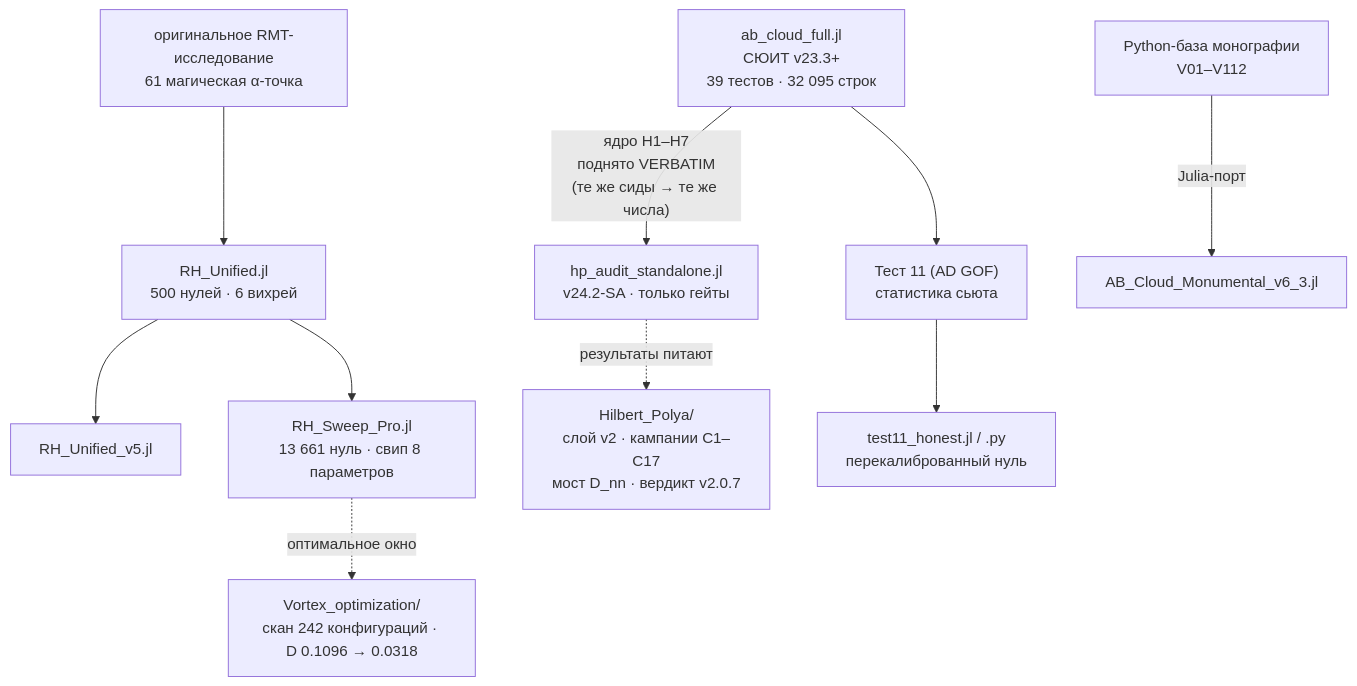
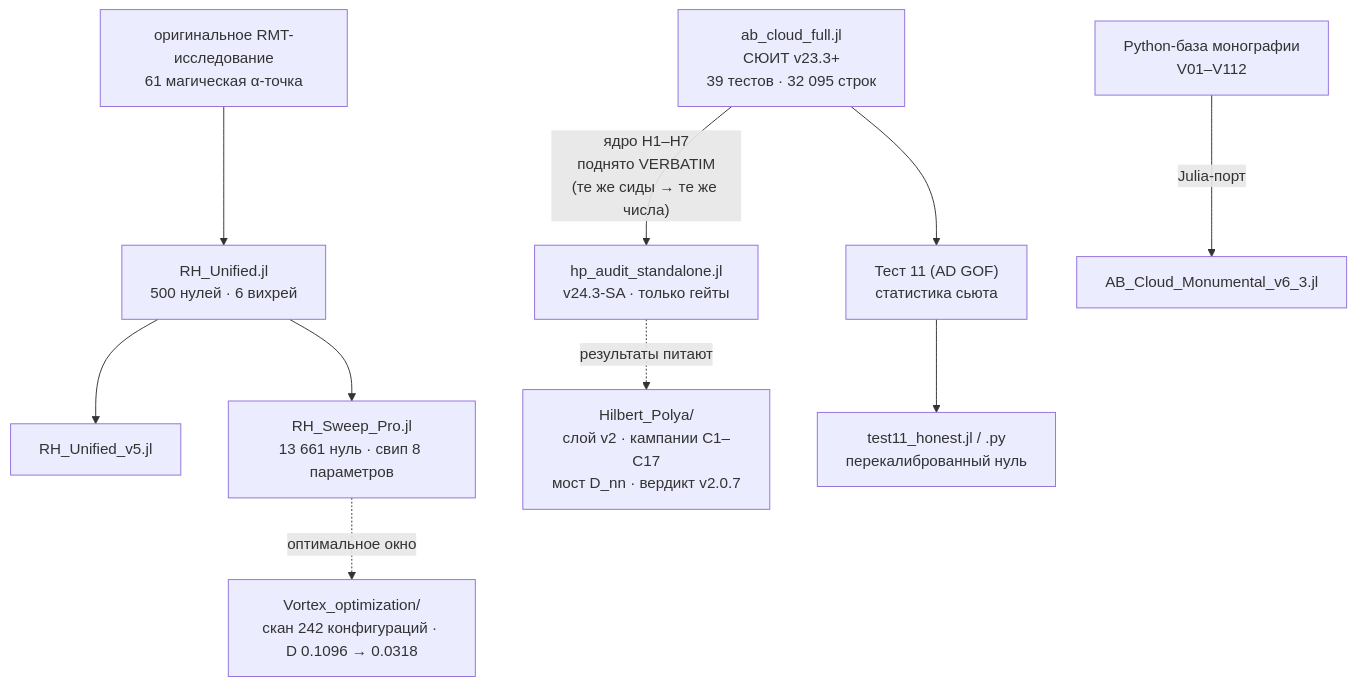
One commit to wild8highlander/ab-cloud-research changed the second of 2 diagrams in meridian-spectral-observatory/README.ru.md. Above: the diagram before and after it, drawn with Mermaid. The commit also changed other lines of this file and 157 other files, not shown here.

````diff
--- a/meridian-spectral-observatory/README.ru.md
+++ b/meridian-spectral-observatory/README.ru.md
@@ -194,12 +194,12 @@
 ```mermaid
 flowchart TD
     ORIG["оригинальное RMT-исследование<br/>61 магическая α-точка"] --> RHU["RH_Unified.jl<br/>500 нулей · 6 вихрей"]
     RHU --> RHU5["RH_Unified_v5.jl"]
     RHU --> RHSP["RH_Sweep_Pro.jl<br/>13 661 нуль · свип 8 параметров"]
-    SUITE["ab_cloud_full.jl<br/>СЮИТ v23.3+<br/>39 тестов · 32 095 строк"] -- "ядро H1–H7<br/>поднято VERBATIM<br/>(те же сиды → те же числа)" --> HPA["hp_audit_standalone.jl<br/>v24.2-SA · только гейты"]
+    SUITE["ab_cloud_full.jl<br/>СЮИТ v23.3+<br/>39 тестов · 32 095 строк"] -- "ядро H1–H7<br/>поднято VERBATIM<br/>(те же сиды → те же числа)" --> HPA["hp_audit_standalone.jl<br/>v24.3-SA · только гейты"]
     PYMON["Python-база монографии<br/>V01–V112"] -- "Julia-порт" --> MON["AB_Cloud_Monumental_v6_3.jl"]
     T11["Тест 11 (AD GOF)<br/>статистика сьюта"] --> T11H["test11_honest.jl / .py<br/>перекалиброванный нуль"]
     SUITE --> T11
     HPA -. "результаты питают" .-> HP["Hilbert_Polya/<br/>слой v2 · кампании C1–C17<br/>мост D_nn · вердикт v2.0.7"]
     RHSP -. "оптимальное окно" .-> VOR["Vortex_optimization/<br/>скан 242 конфигураций · D 0.1096 → 0.0318"]
 ```
````
